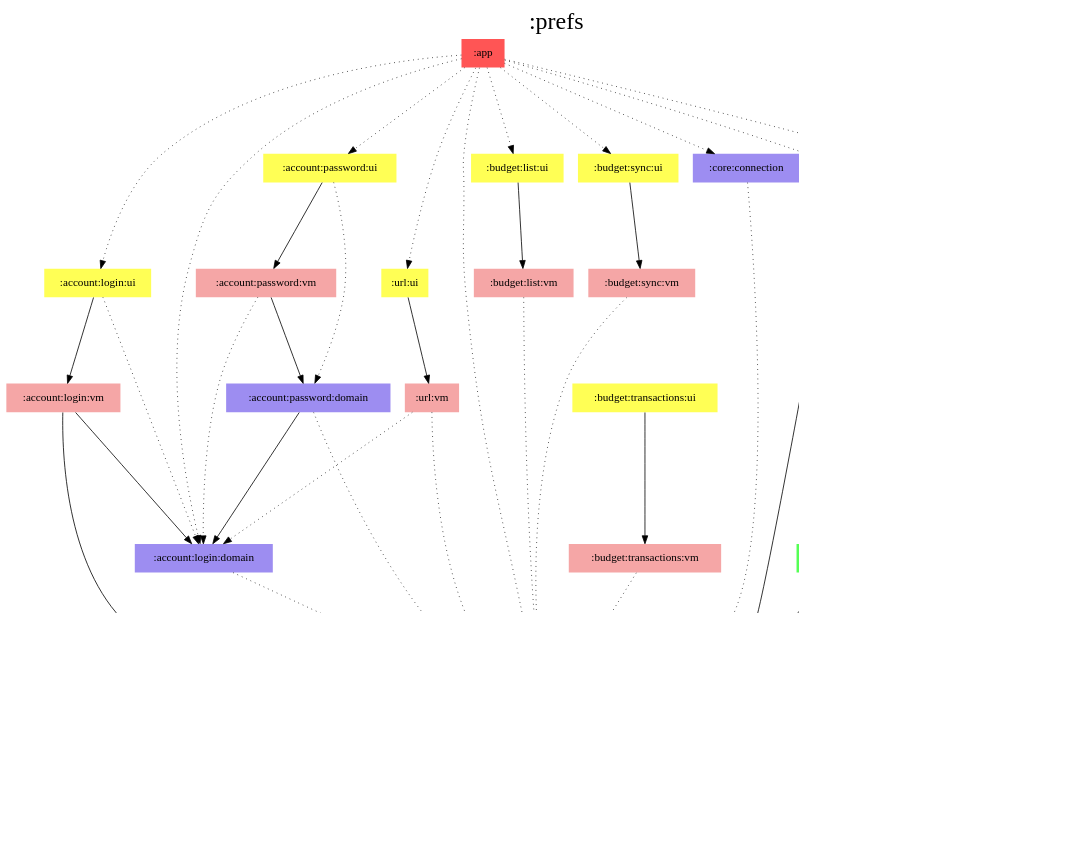
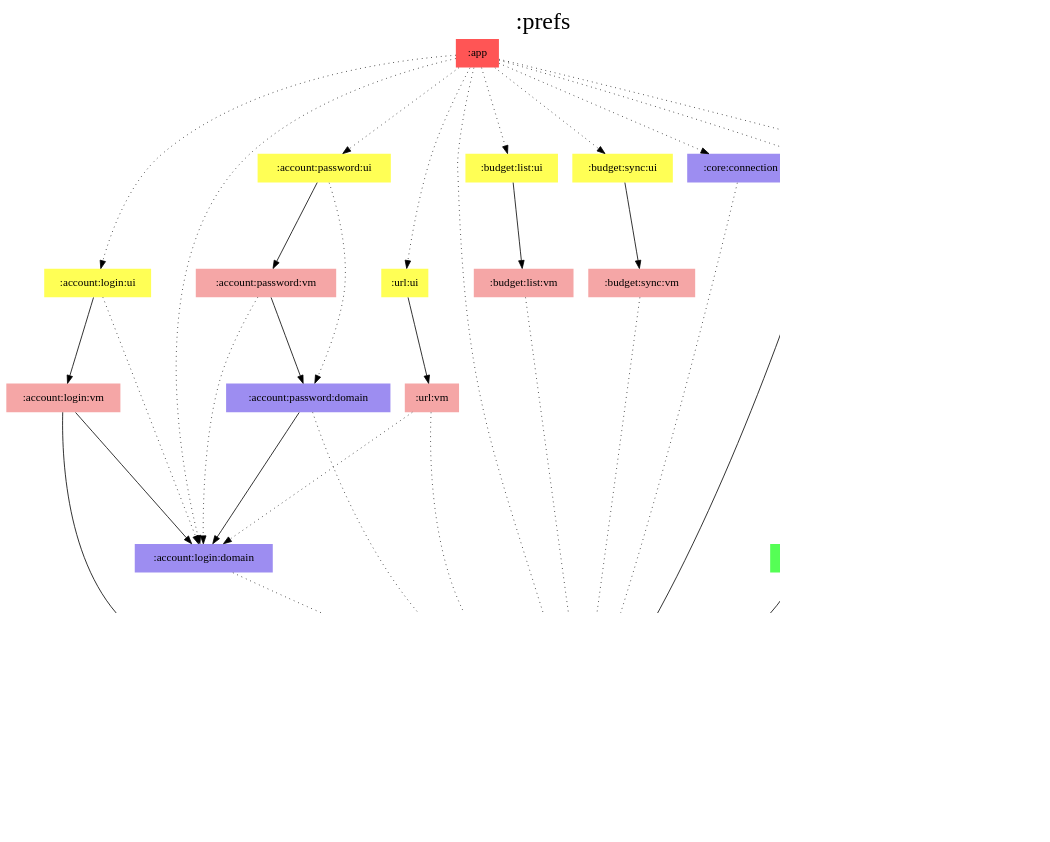
Before and after one commit to jonapoul/aktual: the diagram in modules/prefs/modules.dot, drawn with Graphviz. The commit also changed 47 other files, not shown here.

```diff
--- a/modules/prefs/modules.dot
+++ b/modules/prefs/modules.dot
@@ -1,84 +1,80 @@
 digraph {
 edge ["dir"="forward"]
 graph ["dpi"="100","label"=":prefs","labelloc"="t","fontsize"="30","ranksep"="1.5","rankdir"="TB"]
 node ["style"="filled"]
 ":account:login:domain" ["fillcolor"="#9D8DF1","shape"="none"]
 ":account:login:ui" ["fillcolor"="#FFFF55","shape"="none"]
 ":account:login:vm" ["fillcolor"="#F5A6A6","shape"="none"]
 ":account:model" ["fillcolor"="#9D8DF1","shape"="none"]
 ":account:password:domain" ["fillcolor"="#9D8DF1","shape"="none"]
 ":account:password:ui" ["fillcolor"="#FFFF55","shape"="none"]
 ":account:password:vm" ["fillcolor"="#F5A6A6","shape"="none"]
 ":app" ["fillcolor"="#FF5555","shape"="none"]
 ":budget:list:ui" ["fillcolor"="#FFFF55","shape"="none"]
 ":budget:list:vm" ["fillcolor"="#F5A6A6","shape"="none"]
 ":budget:sync:ui" ["fillcolor"="#FFFF55","shape"="none"]
 ":budget:sync:vm" ["fillcolor"="#F5A6A6","shape"="none"]
-":budget:transactions:ui" ["fillcolor"="#FFFF55","shape"="none"]
-":budget:transactions:vm" ["fillcolor"="#F5A6A6","shape"="none"]
 ":core:connection" ["fillcolor"="#9D8DF1","shape"="none"]
 ":core:di" ["fillcolor"="#FCB103","shape"="none"]
 ":core:model" ["fillcolor"="#9D8DF1","shape"="none"]
 ":prefs" ["fillcolor"="#9D8DF1","color"="black","penwidth"="3","shape"="box"]
 ":settings:ui" ["fillcolor"="#FFFF55","shape"="none"]
 ":settings:vm" ["fillcolor"="#F5A6A6","shape"="none"]
 ":test:prefs" ["fillcolor"="#55FF55","shape"="none"]
 ":url:ui" ["fillcolor"="#FFFF55","shape"="none"]
 ":url:vm" ["fillcolor"="#F5A6A6","shape"="none"]
 {
 edge ["dir"="none"]
 graph ["rank"="same"]
 ":prefs"
 }
 ":account:login:domain" -> ":prefs" ["style"="dotted"]
 ":account:login:ui" -> ":account:login:domain" ["style"="dotted"]
 ":account:login:ui" -> ":account:login:vm"
 ":account:login:vm" -> ":account:login:domain"
 ":account:login:vm" -> ":prefs"
 ":account:password:domain" -> ":account:login:domain"
 ":account:password:domain" -> ":prefs" ["style"="dotted"]
 ":account:password:ui" -> ":account:password:domain" ["style"="dotted"]
 ":account:password:ui" -> ":account:password:vm"
 ":account:password:vm" -> ":account:login:domain" ["style"="dotted"]
 ":account:password:vm" -> ":account:password:domain"
 ":app" -> ":account:login:domain" ["style"="dotted"]
 ":app" -> ":account:login:ui" ["style"="dotted"]
 ":app" -> ":account:password:ui" ["style"="dotted"]
 ":app" -> ":budget:list:ui" ["style"="dotted"]
 ":app" -> ":budget:sync:ui" ["style"="dotted"]
 ":app" -> ":core:connection" ["style"="dotted"]
 ":app" -> ":core:di" ["style"="dotted"]
 ":app" -> ":prefs" ["style"="dotted"]
 ":app" -> ":settings:ui" ["style"="dotted"]
 ":app" -> ":url:ui" ["style"="dotted"]
 ":budget:list:ui" -> ":budget:list:vm"
 ":budget:list:vm" -> ":prefs" ["style"="dotted"]
 ":budget:sync:ui" -> ":budget:sync:vm"
 ":budget:sync:vm" -> ":prefs" ["style"="dotted"]
-":budget:transactions:ui" -> ":budget:transactions:vm"
-":budget:transactions:vm" -> ":prefs" ["style"="dotted"]
 ":core:connection" -> ":prefs" ["style"="dotted"]
 ":core:di" -> ":prefs"
 ":prefs" -> ":account:model"
 ":prefs" -> ":core:model"
 ":settings:ui" -> ":settings:vm"
 ":settings:vm" -> ":prefs"
 ":test:prefs" -> ":prefs"
 ":url:ui" -> ":url:vm"
 ":url:vm" -> ":account:login:domain" ["style"="dotted"]
 ":url:vm" -> ":prefs" ["style"="dotted"]
 subgraph "cluster_legend" {
 edge ["dir"="none"]
 graph ["label"="Legend","fontsize"="20"]
 "Legend" ["style"="filled","fillcolor"="#FFFFFF","shape"="none","margin"="0","fontsize"="15","label"=<
 <TABLE BORDER="0" CELLBORDER="0" CELLSPACING="0" CELLPADDING="4">
 <TR><TD>App</TD><TD BGCOLOR="#FF5555">module-name</TD></TR>
 <TR><TD>ViewModel</TD><TD BGCOLOR="#F5A6A6">module-name</TD></TR>
 <TR><TD>Hilt</TD><TD BGCOLOR="#FCB103">module-name</TD></TR>
 <TR><TD>Compose</TD><TD BGCOLOR="#FFFF55">module-name</TD></TR>
 <TR><TD>Android</TD><TD BGCOLOR="#55FF55">module-name</TD></TR>
 <TR><TD>Multiplatform</TD><TD BGCOLOR="#9D8DF1">module-name</TD></TR>
 </TABLE>
 >]
 } -> ":prefs" ["style"="invis"]
 }
```
